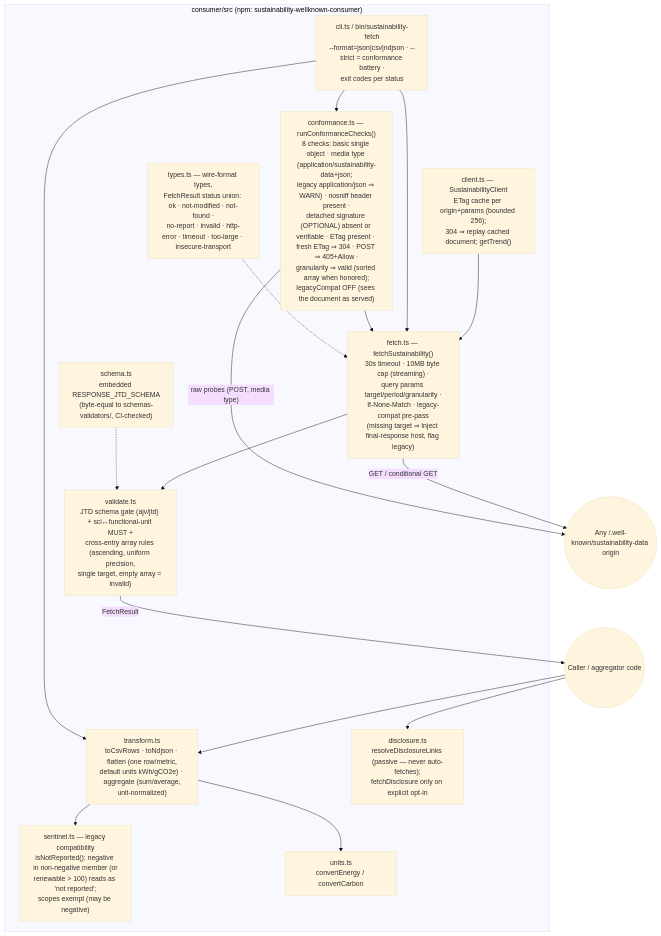
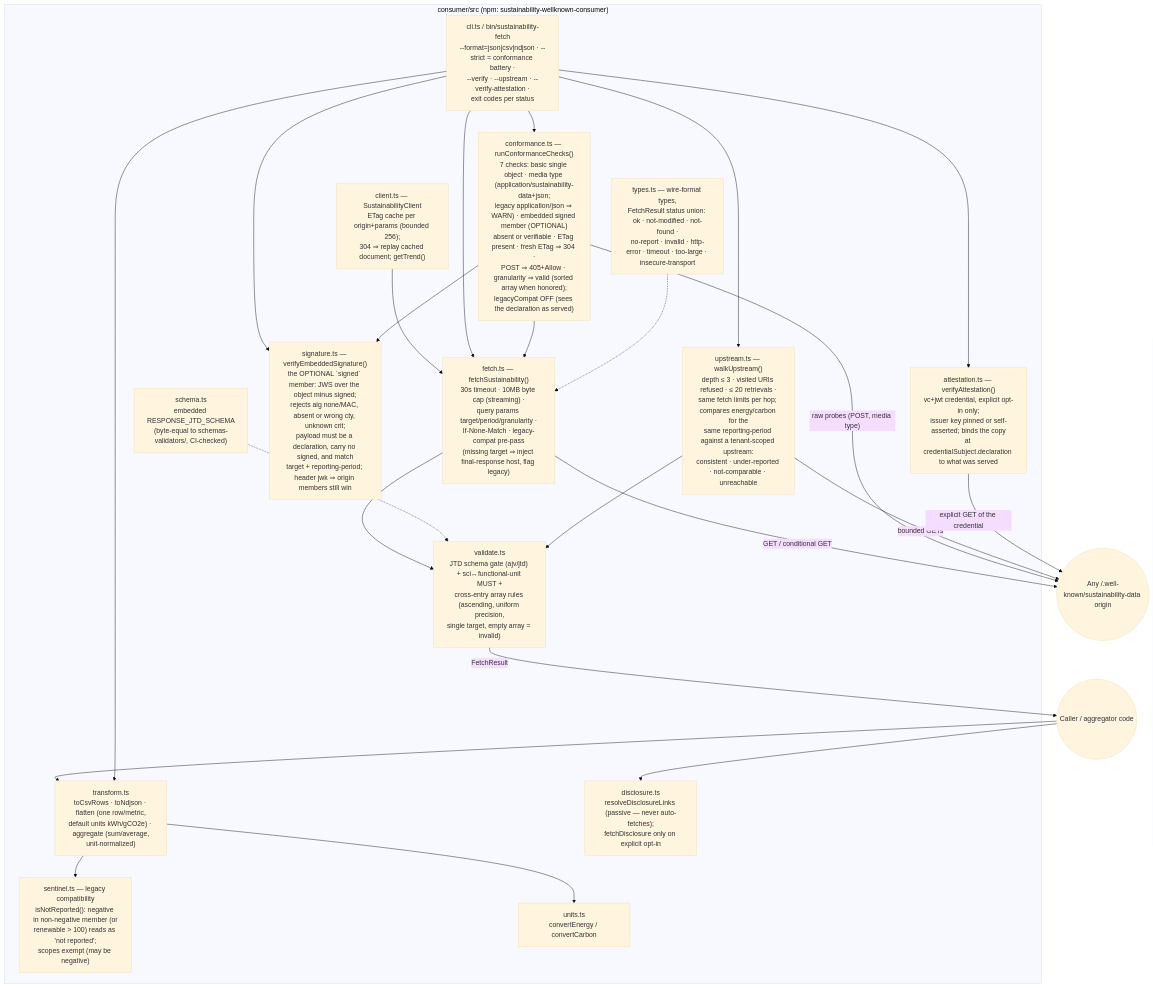
One commit to andreibesleaga/rfc-sustainability-wellknown changed the ninth of 10 diagrams in architecture/README.md. Above: the diagram before and after it, drawn with Mermaid (base theme). The commit also changed other lines of this file and 209 other files, not shown here.

Commit message:
draft -07: one resource, embedded signature, URI-keyed extensions, upstream declarations; libraries 0.7.0; SFC profile

````diff
--- a/architecture/README.md
+++ b/architecture/README.md
@@ -700,36 +811,46 @@
 ```mermaid
 flowchart TB
     ORIGIN(("Any /.well-known/sustainability-data origin"))
 
     subgraph CONS["consumer/src (npm: sustainability-wellknown-consumer)"]
         FETCH["fetch.ts — fetchSustainability()<br/>30s timeout · 10MB byte cap (streaming) ·<br/>query params target/period/granularity ·<br/>If-None-Match · legacy-compat pre-pass<br/>(missing target ⇒ inject final-response host, flag legacy)"]
         VAL2["validate.ts<br/>JTD schema gate (ajv/jtd) + sci↔functional-unit MUST +<br/>cross-entry array rules (ascending, uniform precision,<br/>single target, empty array = invalid)"]
         SCH2["schema.ts<br/>embedded RESPONSE_JTD_SCHEMA<br/>(byte-equal to schemas-validators/, CI-checked)"]
         SENT["sentinel.ts — legacy compatibility<br/>isNotReported(): negative in non-negative member (or<br/>renewable > 100) reads as 'not reported';<br/>scopes exempt (may be negative)"]
         UNITS["units.ts<br/>convertEnergy / convertCarbon"]
         TRANS["transform.ts<br/>toCsvRows · toNdjson · flatten (one row/metric,<br/>default units kWh/gCO2e) · aggregate (sum/average,<br/>unit-normalized)"]
         CLIENT2["client.ts — SustainabilityClient<br/>ETag cache per origin+params (bounded 256);<br/>304 ⇒ replay cached document; getTrend()"]
-        CONF["conformance.ts — runConformanceChecks()<br/>8 checks: basic single object · media type (application/sustainability-data+json;<br/>legacy application/json ⇒ WARN) · nosniff header present ·<br/>detached signature (OPTIONAL) absent or verifiable · ETag present · fresh ETag ⇒ 304 · POST ⇒ 405+Allow ·<br/>granularity ⇒ valid (sorted array when honored);<br/>legacyCompat OFF (sees the document as served)"]
+        CONF["conformance.ts — runConformanceChecks()<br/>7 checks: basic single object · media type (application/sustainability-data+json;<br/>legacy application/json ⇒ WARN) · embedded signed member (OPTIONAL)<br/>absent or verifiable · ETag present · fresh ETag ⇒ 304 ·<br/>POST ⇒ 405+Allow · granularity ⇒ valid (sorted array when honored);<br/>legacyCompat OFF (sees the declaration as served)"]
         DISC["disclosure.ts<br/>resolveDisclosureLinks (passive — never auto-fetches);<br/>fetchDisclosure only on explicit opt-in"]
-        CLI3["cli.ts / bin/sustainability-fetch<br/>--format=json|csv|ndjson · --strict = conformance battery ·<br/>exit codes per status"]
+        SIG["signature.ts — verifyEmbeddedSignature()<br/>the OPTIONAL `signed` member: JWS over the object minus signed;<br/>rejects alg none/MAC, absent or wrong cty, unknown crit;<br/>payload must be a declaration, carry no signed, and match<br/>target + reporting-period; header jwk ⇒ origin members still win"]
+        UPS["upstream.ts — walkUpstream()<br/>depth ≤ 3 · visited URIs refused · ≤ 20 retrievals ·<br/>same fetch limits per hop; compares energy/carbon for the<br/>same reporting-period against a tenant-scoped upstream:<br/>consistent · under-reported · not-comparable · unreachable"]
+        ATT["attestation.ts — verifyAttestation()<br/>vc+jwt credential, explicit opt-in only;<br/>issuer key pinned or self-asserted; binds the copy<br/>at credentialSubject.declaration to what was served"]
+        CLI3["cli.ts / bin/sustainability-fetch<br/>--format=json|csv|ndjson · --strict = conformance battery ·<br/>--verify · --upstream · --verify-attestation ·<br/>exit codes per status"]
         TYPES["types.ts — wire-format types,<br/>FetchResult status union: ok · not-modified · not-found ·<br/>no-report · invalid · http-error · timeout · too-large · insecure-transport"]
     end
 
     APP(("Caller / aggregator code"))
 
     FETCH -- "GET / conditional GET" --> ORIGIN
     CONF -- "raw probes (POST, media type)" --> ORIGIN
     FETCH --> VAL2
     SCH2 -.-> VAL2
     VAL2 -- "FetchResult" --> APP
     CLIENT2 --> FETCH
     CLI3 --> FETCH
     CLI3 --> CONF
+    CLI3 --> SIG
+    CLI3 --> UPS
+    CLI3 --> ATT
     CONF --> FETCH
+    CONF --> SIG
+    UPS -- "bounded GETs" --> ORIGIN
+    ATT -- "explicit GET of the credential" --> ORIGIN
+    UPS --> VAL2
     APP --> TRANS
     TRANS --> SENT
     TRANS --> UNITS
     APP --> DISC
     TYPES -.-> FETCH
     CLI3 --> TRANS
 ```
````
